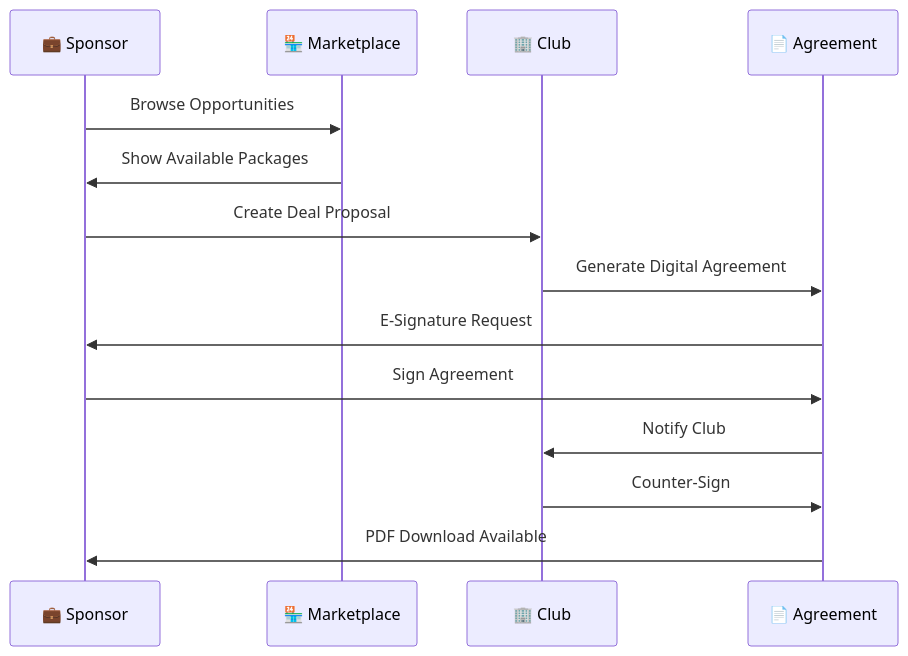
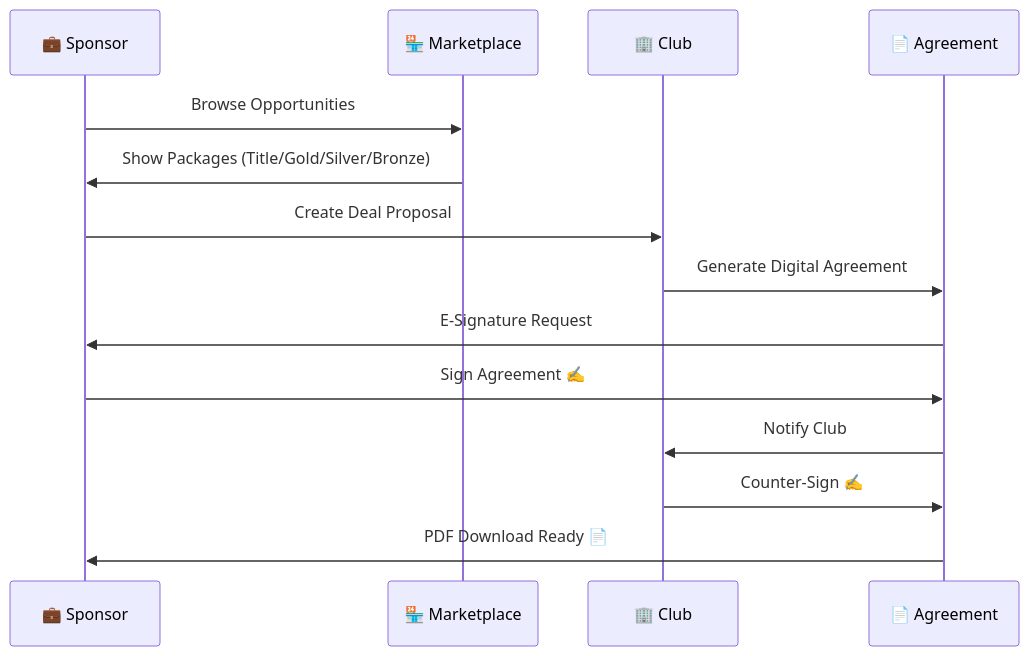
One commit to jamesvarghese7/Crickarena changed the second of 4 diagrams in README.md. Above: the diagram before and after it, drawn with Mermaid. The commit also changed other lines of this file, not shown here.

````diff
--- a/README.md
+++ b/README.md
@@ -248,17 +619,17 @@
 ```mermaid
 sequenceDiagram
     participant S as 💼 Sponsor
     participant M as 🏪 Marketplace
     participant C as 🏢 Club
     participant A as 📄 Agreement
-    
+
     S->>M: Browse Opportunities
-    M->>S: Show Available Packages
+    M->>S: Show Packages (Title/Gold/Silver/Bronze)
     S->>C: Create Deal Proposal
     C->>A: Generate Digital Agreement
     A->>S: E-Signature Request
-    S->>A: Sign Agreement
+    S->>A: Sign Agreement ✍️
     A->>C: Notify Club
-    C->>A: Counter-Sign
-    A->>S: PDF Download Available
+    C->>A: Counter-Sign ✍️
+    A->>S: PDF Download Ready 📄
 ```
````
